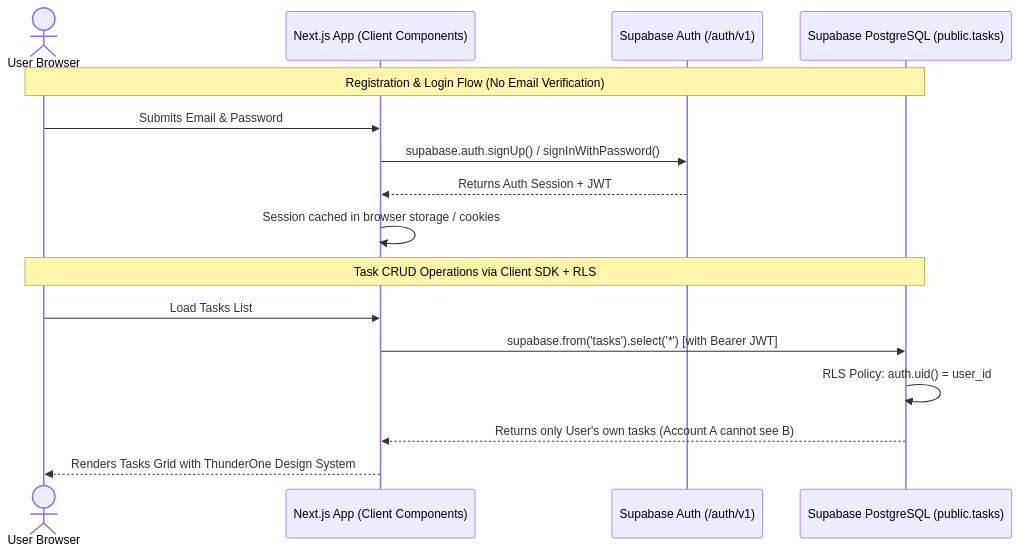
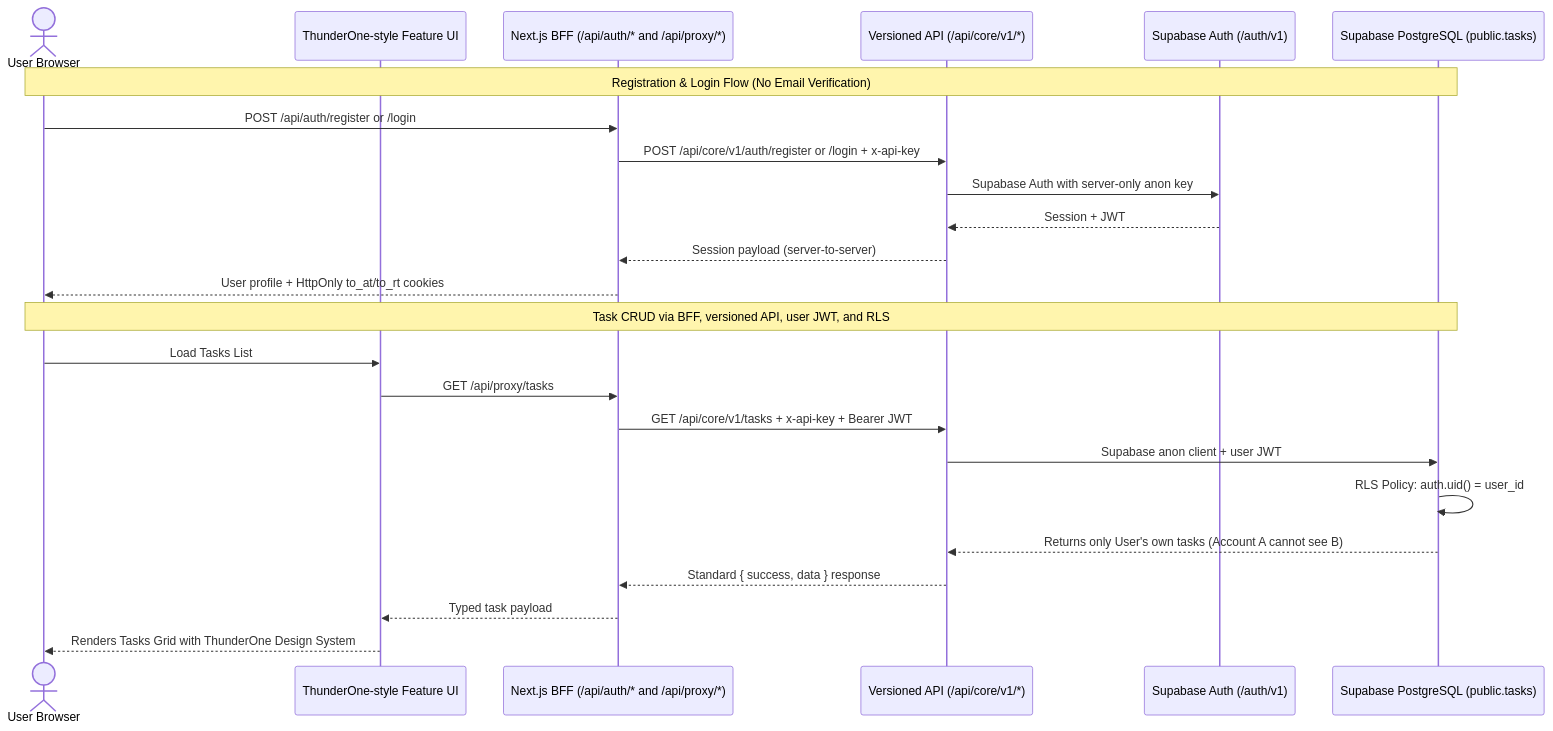
Before and after one commit to zeepherr/thunder-mini-task: the diagram in spec.md, drawn with Mermaid. The commit also changed other lines of this file and 38 other files, not shown here.

Commit message:
feat: align app with ThunderOne and Core architecture

````diff
--- a/spec.md
+++ b/spec.md
@@ -59,20 +72,28 @@
 ```mermaid
 sequenceDiagram
     actor User as User Browser
-    participant App as Next.js App (Client Components)
+    participant App as ThunderOne-style Feature UI
+    participant BFF as Next.js BFF (/api/auth/* and /api/proxy/*)
+    participant API as Versioned API (/api/core/v1/*)
     participant Auth as Supabase Auth (/auth/v1)
     participant DB as Supabase PostgreSQL (public.tasks)
 
     Note over User,DB: Registration & Login Flow (No Email Verification)
-    User->>App: Submits Email & Password
-    App->>Auth: supabase.auth.signUp() / signInWithPassword()
-    Auth-->>App: Returns Auth Session + JWT
-    App->>App: Session cached in browser storage / cookies
+    User->>BFF: POST /api/auth/register or /login
+    BFF->>API: POST /api/core/v1/auth/register or /login + x-api-key
+    API->>Auth: Supabase Auth with server-only anon key
+    Auth-->>API: Session + JWT
+    API-->>BFF: Session payload (server-to-server)
+    BFF-->>User: User profile + HttpOnly to_at/to_rt cookies
 
-    Note over User,DB: Task CRUD Operations via Client SDK + RLS
+    Note over User,DB: Task CRUD via BFF, versioned API, user JWT, and RLS
     User->>App: Load Tasks List
-    App->>DB: supabase.from('tasks').select('*') [with Bearer JWT]
+    App->>BFF: GET /api/proxy/tasks
+    BFF->>API: GET /api/core/v1/tasks + x-api-key + Bearer JWT
+    API->>DB: Supabase anon client + user JWT
     DB->>DB: RLS Policy: auth.uid() = user_id
-    DB-->>App: Returns only User's own tasks (Account A cannot see B)
+    DB-->>API: Returns only User's own tasks (Account A cannot see B)
+    API-->>BFF: Standard { success, data } response
+    BFF-->>App: Typed task payload
     App-->>User: Renders Tasks Grid with ThunderOne Design System
 ```
````
